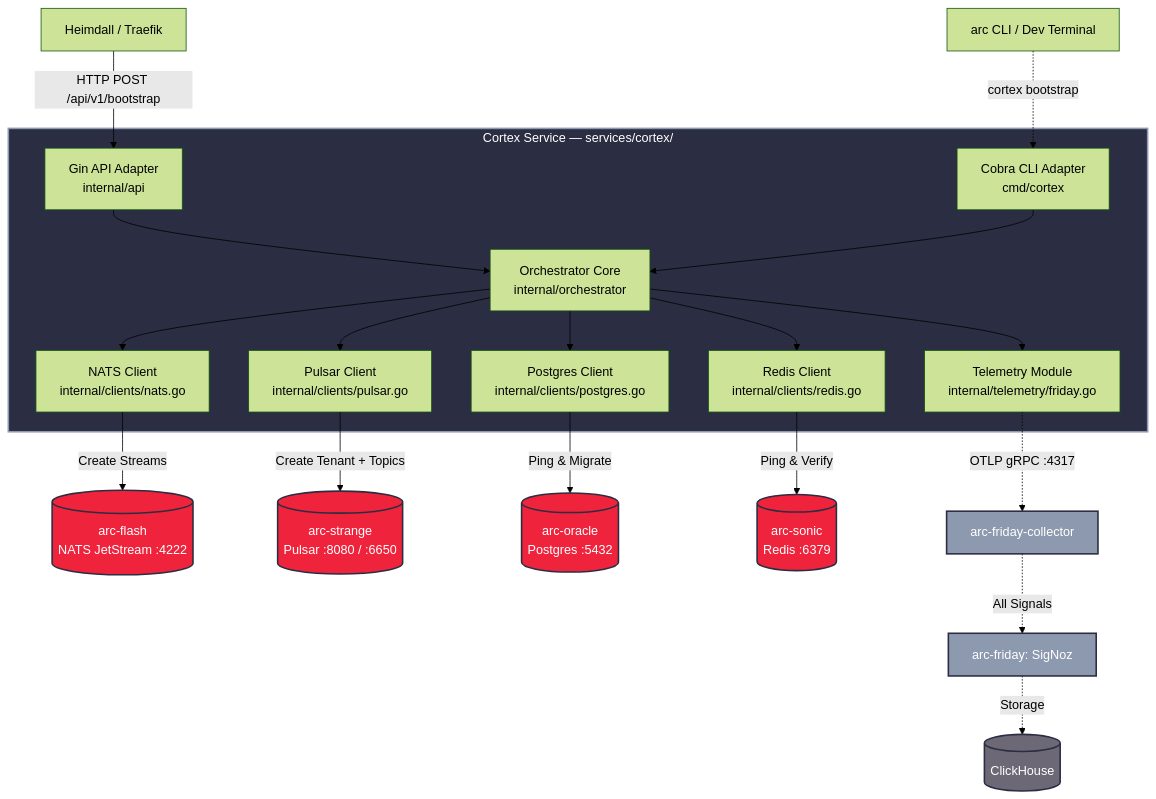
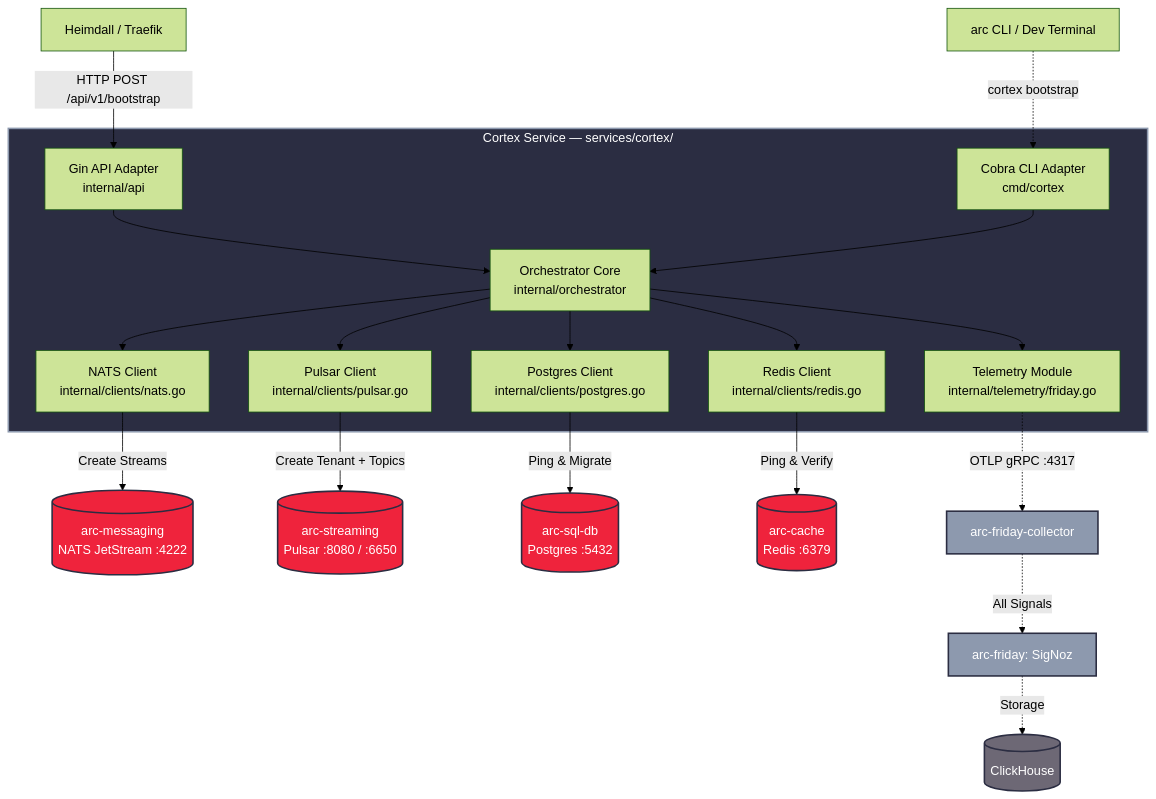
The first of 2 diagrams in specs/002-cortex-setup/spec.md (arc-framework/arc-platform), drawn with Mermaid (forest theme) before and after one commit. The commit also changed other lines of this file and 34 other files, not shown here.

````diff
--- a/specs/002-cortex-setup/spec.md
+++ b/specs/002-cortex-setup/spec.md
@@ -21,39 +21,39 @@
 ```mermaid
 graph TD
     %% Inputs — API is primary
     Gateway[Heimdall / Traefik] -->|HTTP POST /api/v1/bootstrap| Gin[Gin API Adapter\ninternal/api]
     CLI[arc CLI / Dev Terminal] -.->|cortex bootstrap| Cobra[Cobra CLI Adapter\ncmd/cortex]
 
     %% Core — Hexagonal
     subgraph Cortex [Cortex Service — services/cortex/]
         Gin --> Core[Orchestrator Core\ninternal/orchestrator]
         Cobra --> Core
 
         Core --> NATSClient[NATS Client\ninternal/clients/nats.go]
         Core --> PulsarClient[Pulsar Client\ninternal/clients/pulsar.go]
         Core --> DBClient[Postgres Client\ninternal/clients/postgres.go]
         Core --> RedisClient[Redis Client\ninternal/clients/redis.go]
         Core --> Otel[Telemetry Module\ninternal/telemetry/friday.go]
     end
 
     %% Infrastructure
-    NATSClient -->|Create Streams| Flash[(arc-flash\nNATS JetStream :4222)]
-    PulsarClient -->|Create Tenant + Topics| Strange[(arc-strange\nPulsar :8080 / :6650)]
-    DBClient -->|Ping & Migrate| Oracle[(arc-oracle\nPostgres :5432)]
-    RedisClient -->|Ping & Verify| Sonic[(arc-sonic\nRedis :6379)]
+    NATSClient -->|Create Streams| Flash[(arc-messaging\nNATS JetStream :4222)]
+    PulsarClient -->|Create Tenant + Topics| Strange[(arc-streaming\nPulsar :8080 / :6650)]
+    DBClient -->|Ping & Migrate| Oracle[(arc-sql-db\nPostgres :5432)]
+    RedisClient -->|Ping & Verify| Sonic[(arc-cache\nRedis :6379)]
 
     %% Observability
     Otel -.->|OTLP gRPC :4317| Collector[arc-friday-collector]
     Collector -.->|All Signals| ArcFriday[arc-friday: SigNoz]
     ArcFriday -.->|Storage| ClickHouse[(ClickHouse)]
 
     classDef core fill:#2b2d42,stroke:#8d99ae,stroke-width:2px,color:#fff
     classDef infra fill:#ef233c,stroke:#2b2d42,stroke-width:2px,color:#fff
     classDef obs fill:#8d99ae,stroke:#2b2d42,stroke-width:2px,color:#fff
     classDef storage fill:#6d6875,stroke:#2b2d42,stroke-width:2px,color:#fff
 
     class Cortex core
     class Flash,Strange,Oracle,Sonic infra
     class Collector,ArcFriday obs
     class ClickHouse storage
 ```
````
